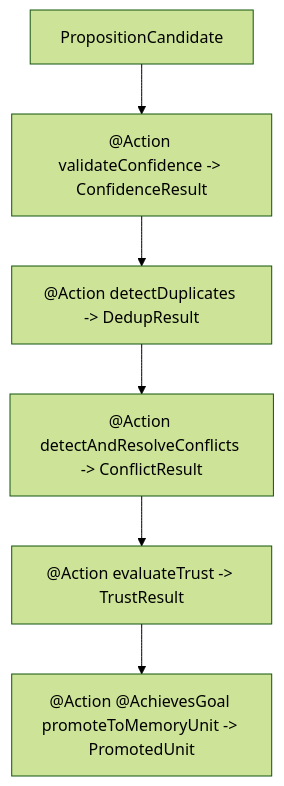
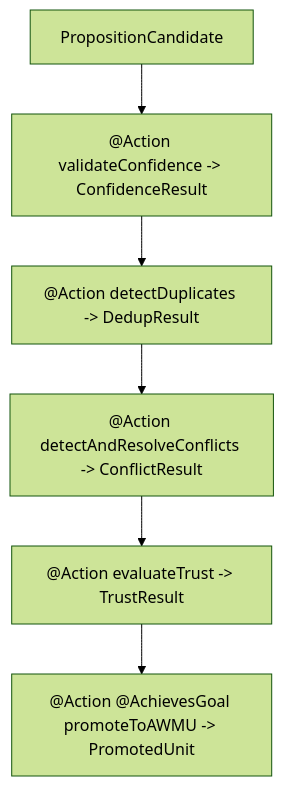
One commit to jimador/arc-mem changed the second of 4 diagrams in docs/adr/001-embabel-goal-modeling.md. Above: the diagram before and after it, drawn with Mermaid (forest theme). The commit also changed other lines of this file and 125 other files, not shown here.

````diff
--- a/docs/adr/001-embabel-goal-modeling.md
+++ b/docs/adr/001-embabel-goal-modeling.md
@@ -129,8 +129,8 @@
 ```mermaid
 flowchart TD
     P["PropositionCandidate"] --> A1["@Action validateConfidence -> ConfidenceResult"]
     A1 --> A2["@Action detectDuplicates -> DedupResult"]
     A2 --> A3["@Action detectAndResolveConflicts -> ConflictResult"]
     A3 --> A4["@Action evaluateTrust -> TrustResult"]
-    A4 --> A5["@Action @AchievesGoal promoteToMemoryUnit -> PromotedUnit"]
+    A4 --> A5["@Action @AchievesGoal promoteToAWMU -> PromotedUnit"]
 ```
````
